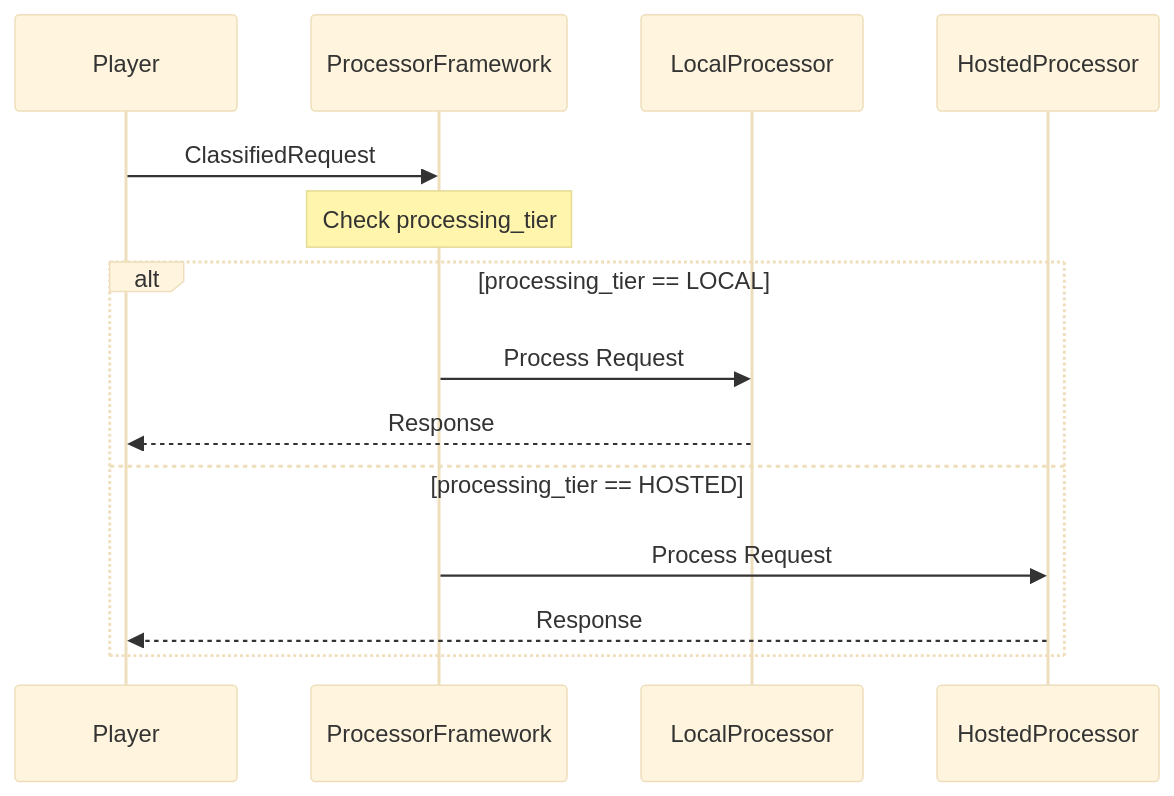
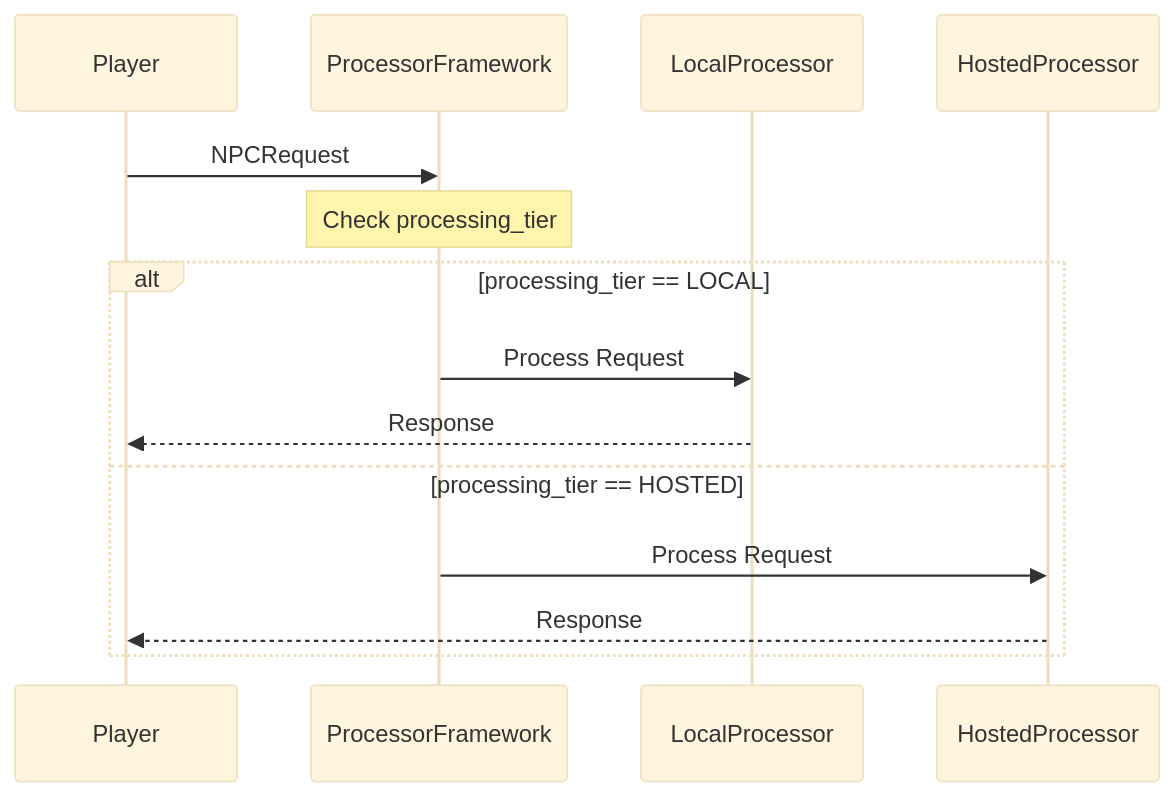
The first of 10 diagrams in docs/request_processing_flow.md (jbisetto/npc-ai), drawn with Mermaid (base theme) before and after one commit. The commit also changed other lines of this file and 13 other files, not shown here.

````diff
--- a/docs/request_processing_flow.md
+++ b/docs/request_processing_flow.md
@@ -10,13 +10,13 @@
    ```mermaid
    sequenceDiagram
-       Player->>ProcessorFramework: ClassifiedRequest
+       Player->>ProcessorFramework: NPCRequest
        Note over ProcessorFramework: Check processing_tier
        
        alt processing_tier == LOCAL
            ProcessorFramework->>LocalProcessor: Process Request
            LocalProcessor-->>Player: Response
        else processing_tier == HOSTED
            ProcessorFramework->>HostedProcessor: Process Request
            HostedProcessor-->>Player: Response
        end
    ```
````
